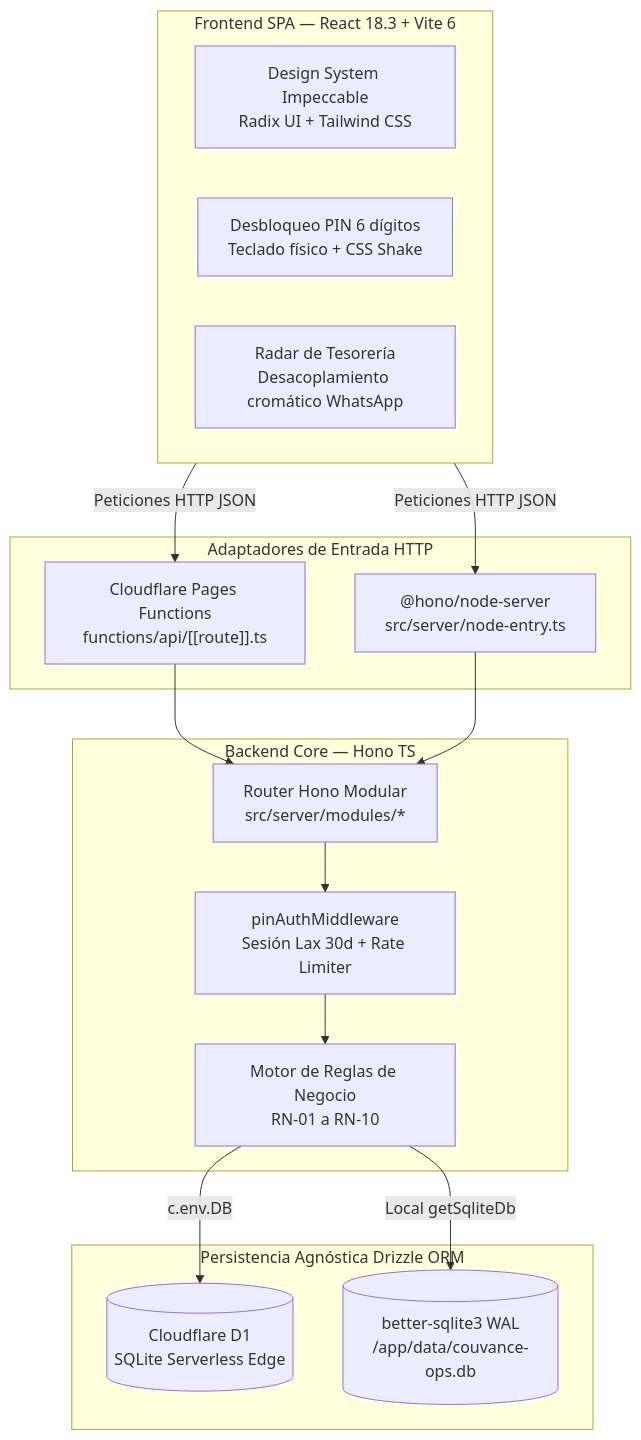
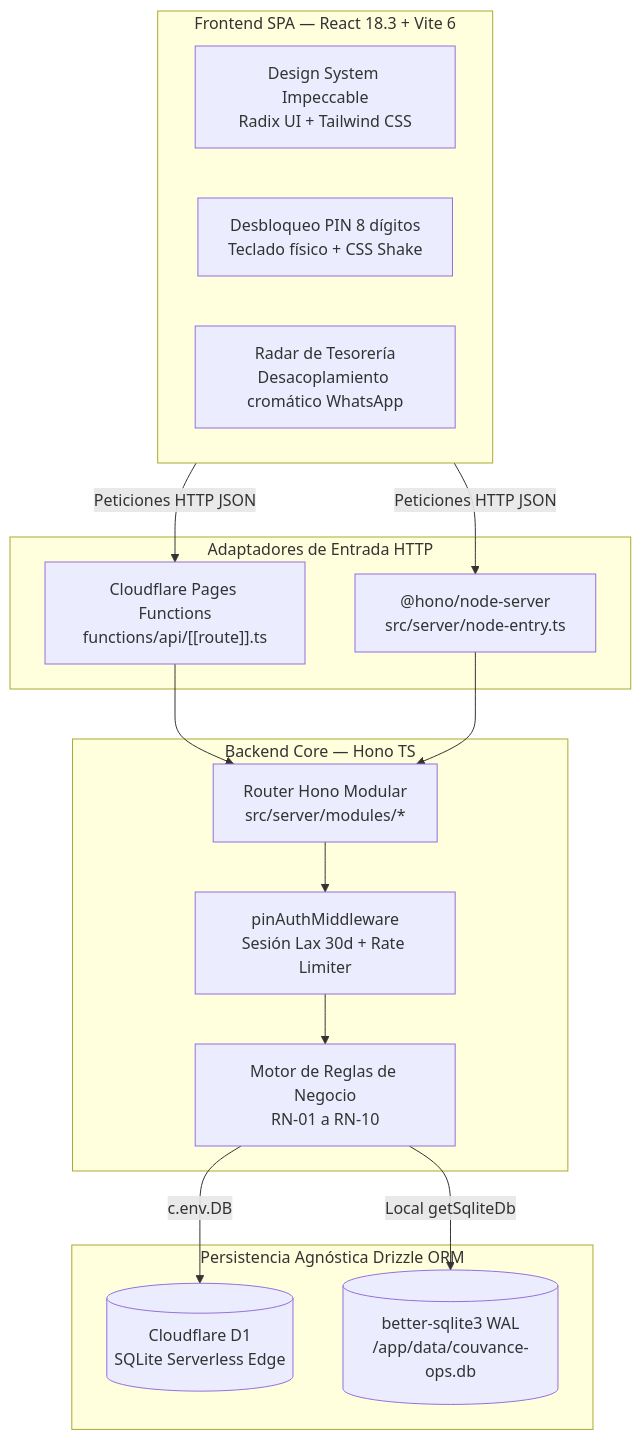
Before and after one commit to alfonsojms/couvance-ops: the diagram in README.md, drawn with Mermaid. The commit also changed other lines of this file and 12 other files, not shown here.

````diff
--- a/README.md
+++ b/README.md
@@ -29,33 +29,33 @@
 ```mermaid
 flowchart TD
     subgraph Client [Frontend SPA — React 18.3 + Vite 6]
         UI[Design System Impeccable<br/>Radix UI + Tailwind CSS]
-        Unlock[Desbloqueo PIN 6 dígitos<br/>Teclado físico + CSS Shake]
+        Unlock[Desbloqueo PIN 8 dígitos<br/>Teclado físico + CSS Shake]
         Radar[Radar de Tesorería<br/>Desacoplamiento cromático WhatsApp]
     end
 
     subgraph Entrypoints [Adaptadores de Entrada HTTP]
         CFPages["Cloudflare Pages Functions<br/>functions/api/[[route]].ts"]
         NodeServer["@hono/node-server<br/>src/server/node-entry.ts"]
     end
 
     subgraph Backend [Backend Core — Hono TS]
         Router[Router Hono Modular<br/>src/server/modules/*]
         AuthMW[pinAuthMiddleware<br/>Sesión Lax 30d + Rate Limiter]
         Rules[Motor de Reglas de Negocio<br/>RN-01 a RN-10]
     end
 
     subgraph Persistence [Persistencia Agnóstica Drizzle ORM]
         D1[(Cloudflare D1<br/>SQLite Serverless Edge)]
         SQLite[(better-sqlite3 WAL<br/>/app/data/couvance-ops.db)]
     end
 
     Client -->|Peticiones HTTP JSON| CFPages
     Client -->|Peticiones HTTP JSON| NodeServer
     CFPages --> Router
     NodeServer --> Router
     Router --> AuthMW
     AuthMW --> Rules
     Rules -->|c.env.DB| D1
     Rules -->|Local getSqliteDb| SQLite
 ```
````
